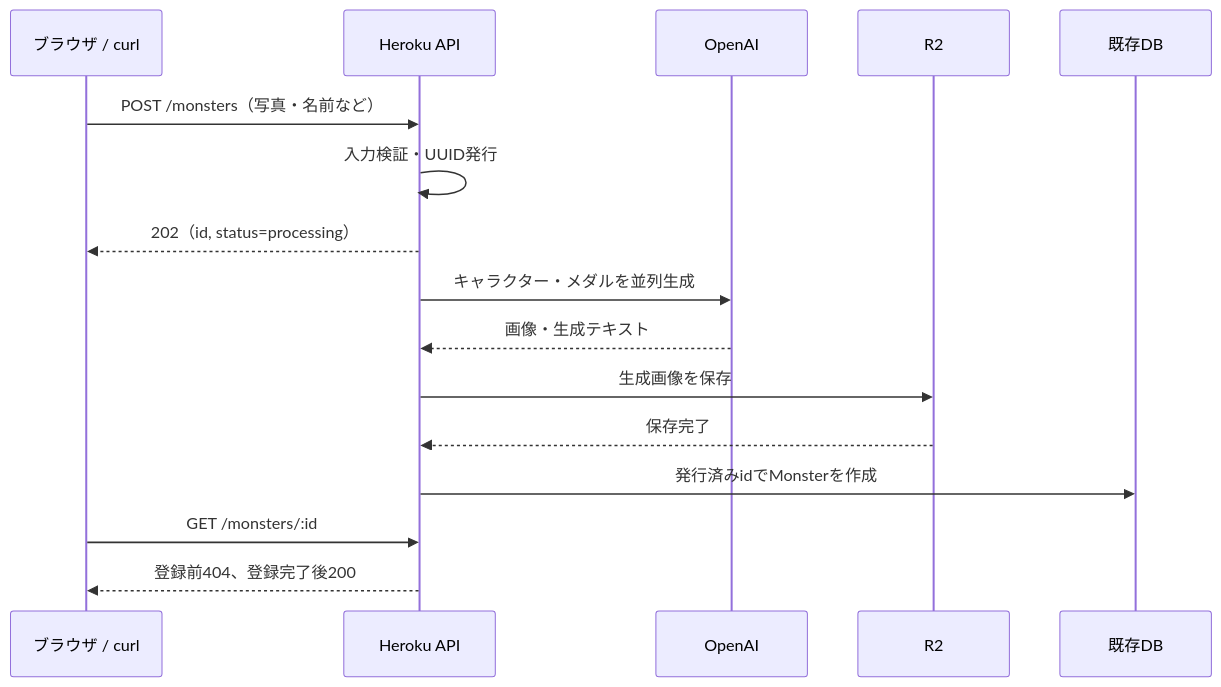
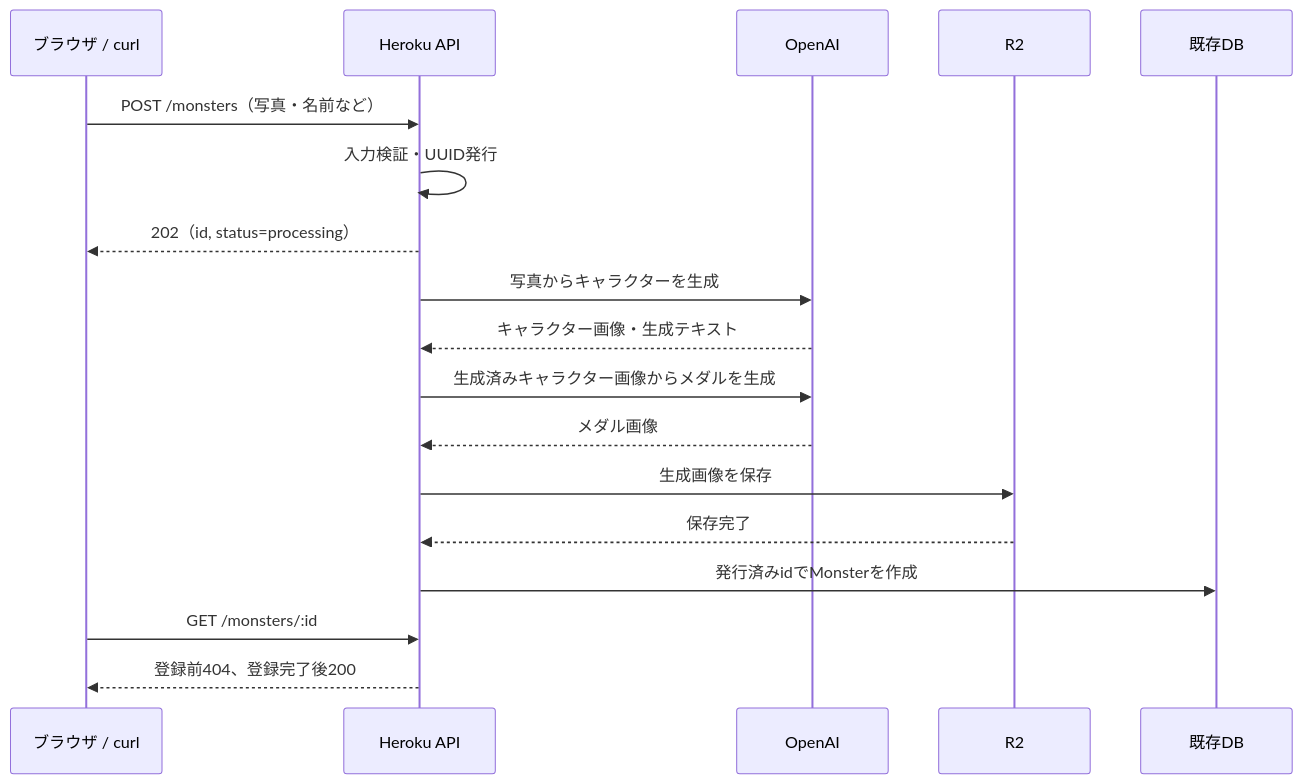
Before and after one commit to takano-hi/yokai-watch: the diagram in docs/image-generation-deferred-registration.md, drawn with Mermaid. The commit also changed other lines of this file and 3 other files, not shown here.

````diff
--- a/docs/image-generation-deferred-registration.md
+++ b/docs/image-generation-deferred-registration.md
@@ -15,18 +15,20 @@
 ```mermaid
 sequenceDiagram
     participant Client as ブラウザ / curl
     participant API as Heroku API
     participant OpenAI as OpenAI
     participant R2 as R2
     participant DB as 既存DB
     Client->>API: POST /monsters（写真・名前など）
     API->>API: 入力検証・UUID発行
     API-->>Client: 202（id, status=processing）
-    API->>OpenAI: キャラクター・メダルを並列生成
-    OpenAI-->>API: 画像・生成テキスト
+    API->>OpenAI: 写真からキャラクターを生成
+    OpenAI-->>API: キャラクター画像・生成テキスト
+    API->>OpenAI: 生成済みキャラクター画像からメダルを生成
+    OpenAI-->>API: メダル画像
     API->>R2: 生成画像を保存
     R2-->>API: 保存完了
     API->>DB: 発行済みidでMonsterを作成
     Client->>API: GET /monsters/:id
     API-->>Client: 登録前404、登録完了後200
 ```
````
